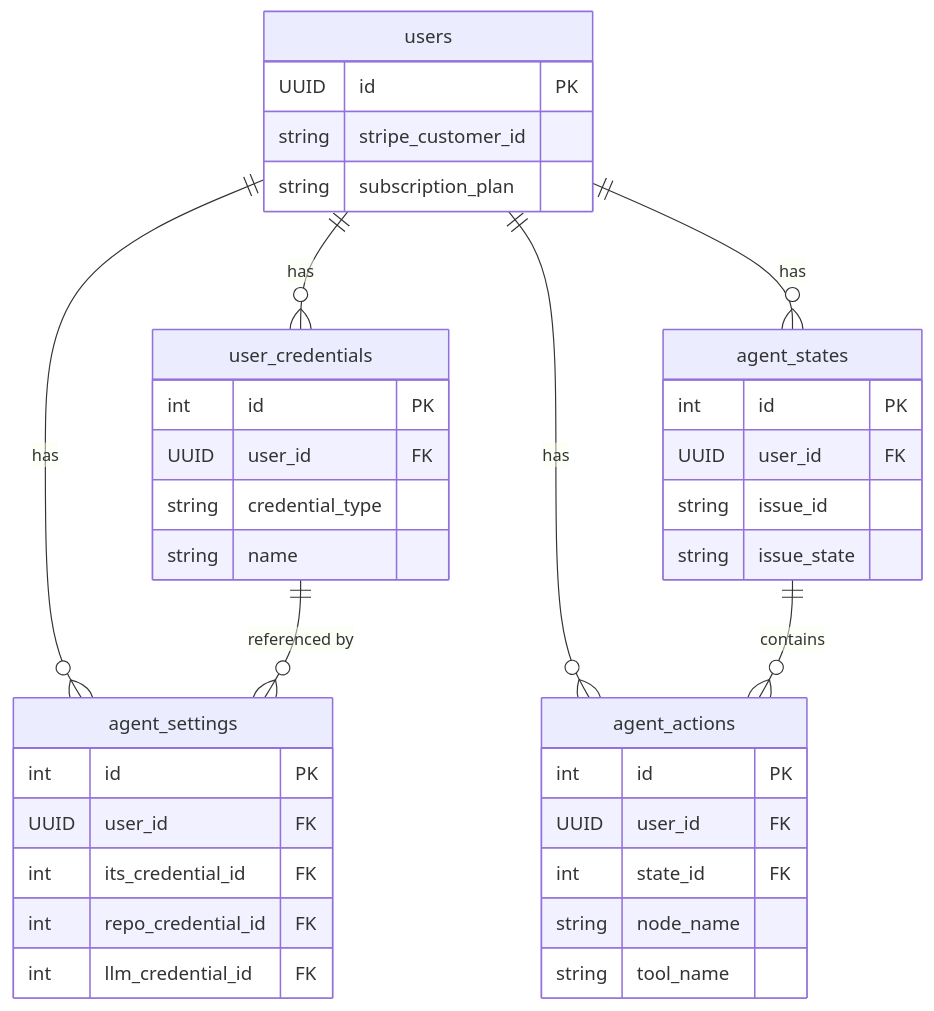
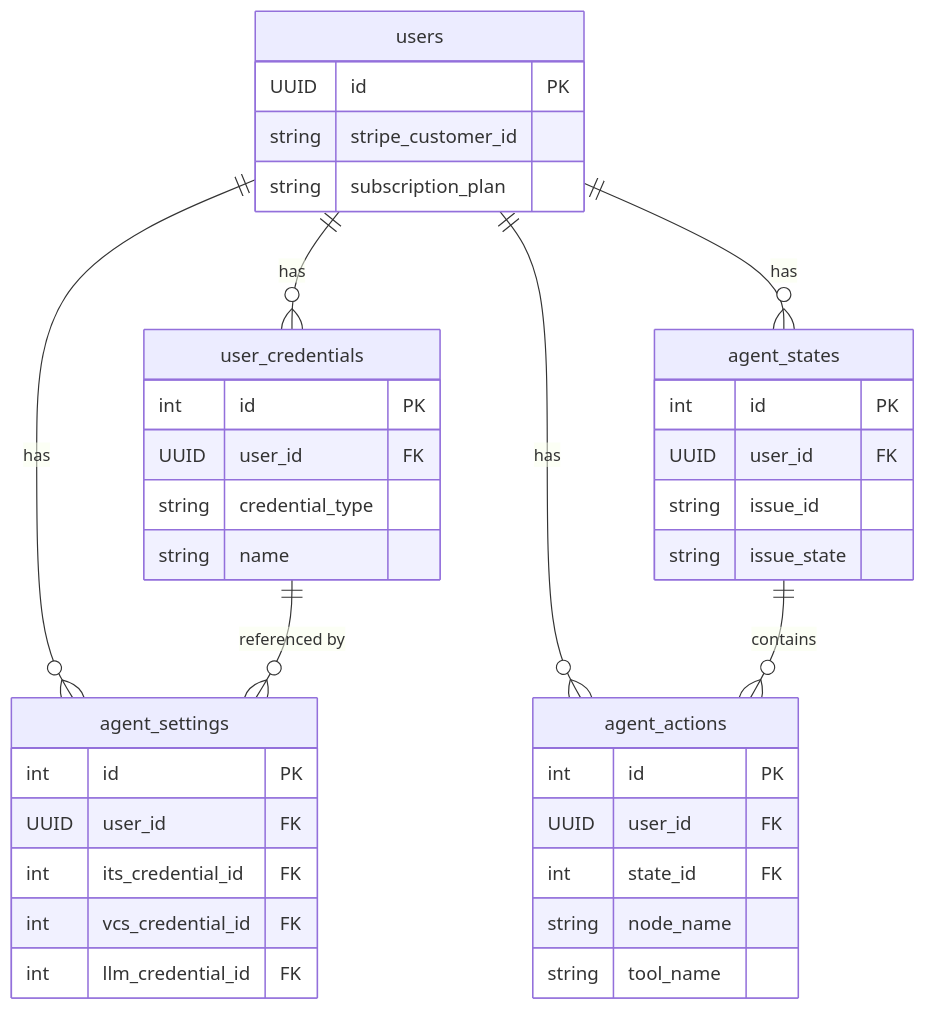
The diagram in doc/design/database.md (tomwey2/cleankoda), drawn with Mermaid before and after one commit. The commit also changed 14 other files, not shown here.

Commit message:
rename repo settings to vcs and add vcs_api_base_url, vcs_project_identifier and vcs_default_branch

````diff
--- a/doc/design/database.md
+++ b/doc/design/database.md
@@ -32,41 +32,41 @@
 ```mermaid
 erDiagram
     users {
         UUID id PK
         string stripe_customer_id
         string subscription_plan
     }
     user_credentials {
         int id PK
         UUID user_id FK
         string credential_type
         string name
     }
     agent_settings {
         int id PK
         UUID user_id FK
         int its_credential_id FK
-        int repo_credential_id FK
+        int vcs_credential_id FK
         int llm_credential_id FK
     }
     agent_states {
         int id PK
         UUID user_id FK
         string issue_id
         string issue_state
     }
     agent_actions {
         int id PK
         UUID user_id FK
         int state_id FK
         string node_name
         string tool_name
     }
 
     users ||--o{ user_credentials : "has"
     users ||--o{ agent_settings : "has"
     users ||--o{ agent_states : "has"
     users ||--o{ agent_actions : "has"
     user_credentials ||--o{ agent_settings : "referenced by"
     agent_states ||--o{ agent_actions : "contains"
 ```
````
